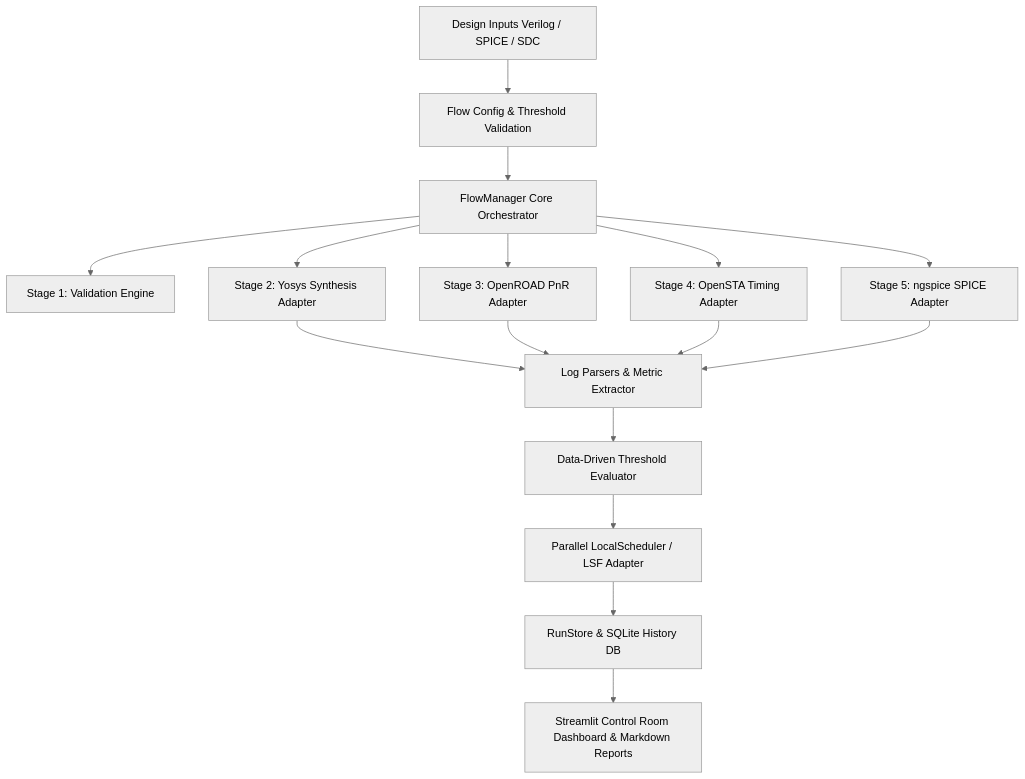
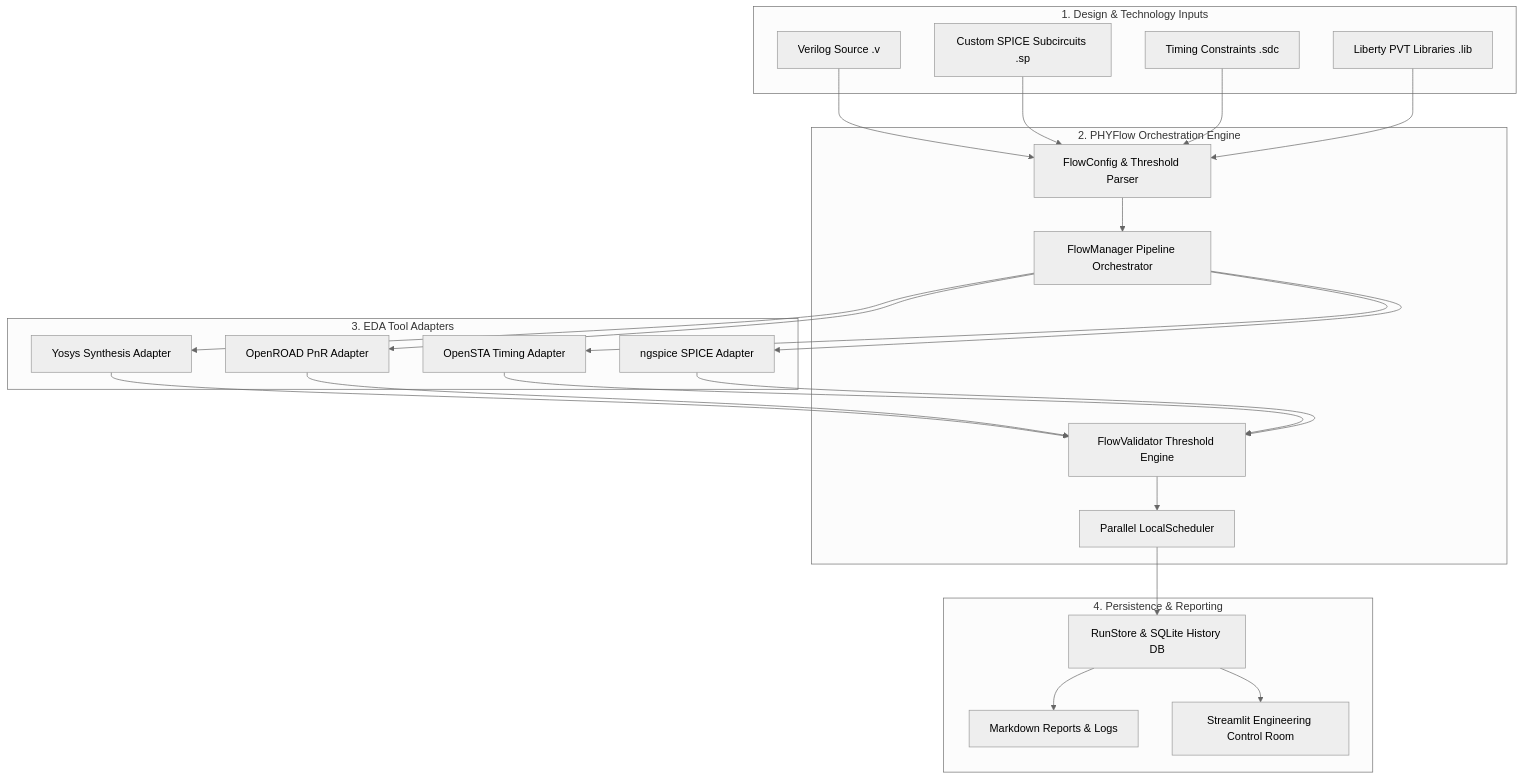
The first of 2 diagrams in README.md (Dhanya562004/phyflow-eda-automation), drawn with Mermaid (neutral theme) before and after one commit. The commit also changed other lines of this file, not shown here.

Commit message:
docs: update README with badges, sequence diagrams, and architecture tables

````diff
--- a/README.md
+++ b/README.md
@@ -16,21 +21,37 @@
 ```mermaid
 flowchart TD
-    A[Design Inputs Verilog / SPICE / SDC] --> B[Flow Config & Threshold Validation]
-    B --> C[FlowManager Core Orchestrator]
-    
-    C --> D[Stage 1: Validation Engine]
-    C --> E[Stage 2: Yosys Synthesis Adapter]
-    C --> F[Stage 3: OpenROAD PnR Adapter]
-    C --> G[Stage 4: OpenSTA Timing Adapter]
-    C --> H[Stage 5: ngspice SPICE Adapter]
-    
-    E --> I[Log Parsers & Metric Extractor]
-    F --> I
-    G --> I
-    H --> I
-    
-    I --> J[Data-Driven Threshold Evaluator]
-    J --> K[Parallel LocalScheduler / LSF Adapter]
-    K --> L[RunStore & SQLite History DB]
-    L --> M[Streamlit Control Room Dashboard & Markdown Reports]
+    subgraph Inputs ["1. Design & Technology Inputs"]
+        RTL[Verilog Source .v]
+        SPICE[Custom SPICE Subcircuits .sp]
+        SDC[Timing Constraints .sdc]
+        LIB[Liberty PVT Libraries .lib]
+    end
+
+    subgraph Core ["2. PHYFlow Orchestration Engine"]
+        CFG[FlowConfig & Threshold Parser]
+        FM[FlowManager Pipeline Orchestrator]
+        VAL[FlowValidator Threshold Engine]
+        SCHED[Parallel LocalScheduler]
+    end
+
+    subgraph Adapters ["3. EDA Tool Adapters"]
+        YOSYS[Yosys Synthesis Adapter]
+        OPENROAD[OpenROAD PnR Adapter]
+        OPENSTA[OpenSTA Timing Adapter]
+        NGSPICE[ngspice SPICE Adapter]
+    end
+
+    subgraph Storage ["4. Persistence & Reporting"]
+        STORE[RunStore & SQLite History DB]
+        REPORTS[Markdown Reports & Logs]
+        DASH[Streamlit Engineering Control Room]
+    end
+
+    RTL & SPICE & SDC & LIB --> CFG
+    CFG --> FM
+    FM --> YOSYS & OPENROAD & OPENSTA & NGSPICE
+    YOSYS & OPENROAD & OPENSTA & NGSPICE --> VAL
+    VAL --> SCHED
+    SCHED --> STORE
+    STORE --> REPORTS & DASH
 ```
````
